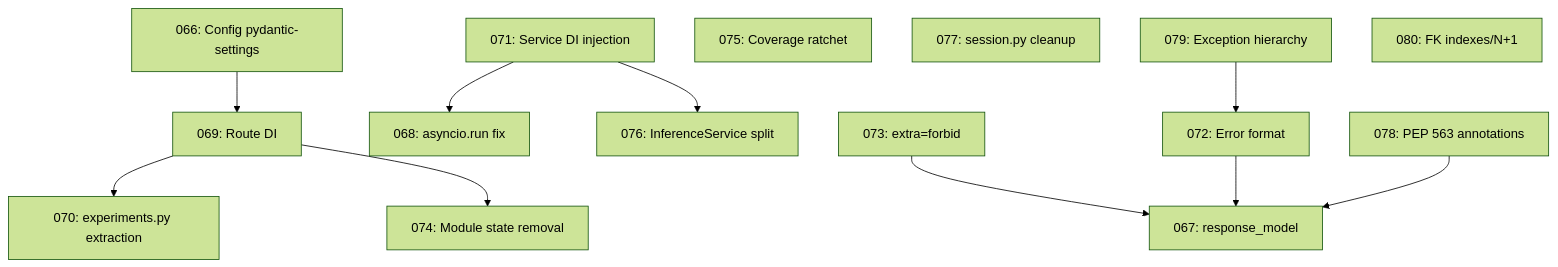
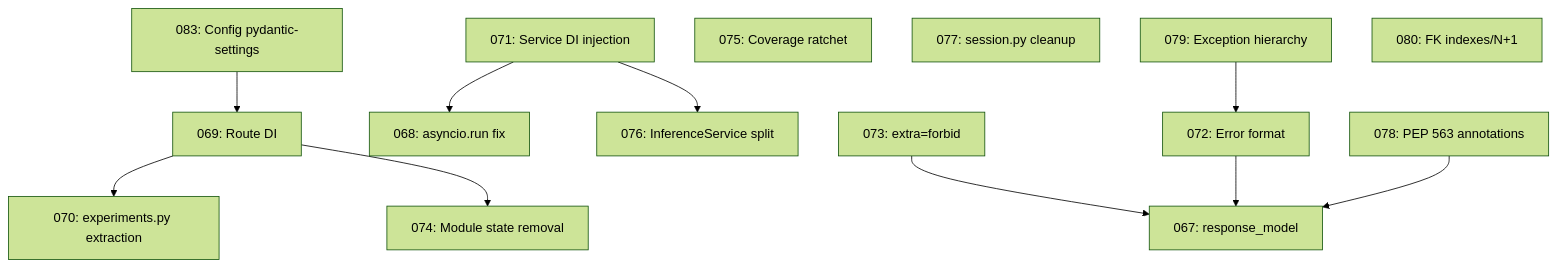
One commit to shapeandshare/anvil changed the diagram in docs/vault/Specs/066 Codebase Remediation/spec.md. Above: the diagram before and after it, drawn with Mermaid (forest theme). The commit also changed other lines of this file and 4 other files, not shown here.

````diff
--- a/docs/vault/Specs/066 Codebase Remediation/spec.md
+++ b/docs/vault/Specs/066 Codebase Remediation/spec.md
@@ -46,28 +46,28 @@
 ```mermaid
 graph TD
-    066[066: Config pydantic-settings]
+    083[083: Config pydantic-settings]
     067[067: response_model]
     068[068: asyncio.run fix]
     069[069: Route DI]
     070[070: experiments.py extraction]
     071[071: Service DI injection]
     072[072: Error format]
     073[073: extra=forbid]
     074[074: Module state removal]
     075[075: Coverage ratchet]
     076[076: InferenceService split]
     077[077: session.py cleanup]
     078[078: PEP 563 annotations]
     079[079: Exception hierarchy]
     080[080: FK indexes/N+1]
 
-    066 --> 069
+    083 --> 069
     069 --> 070
     069 --> 074
     071 --> 068
     071 --> 076
     072 --> 067
     073 --> 067
     078 --> 067
     079 --> 072
 ```
````
